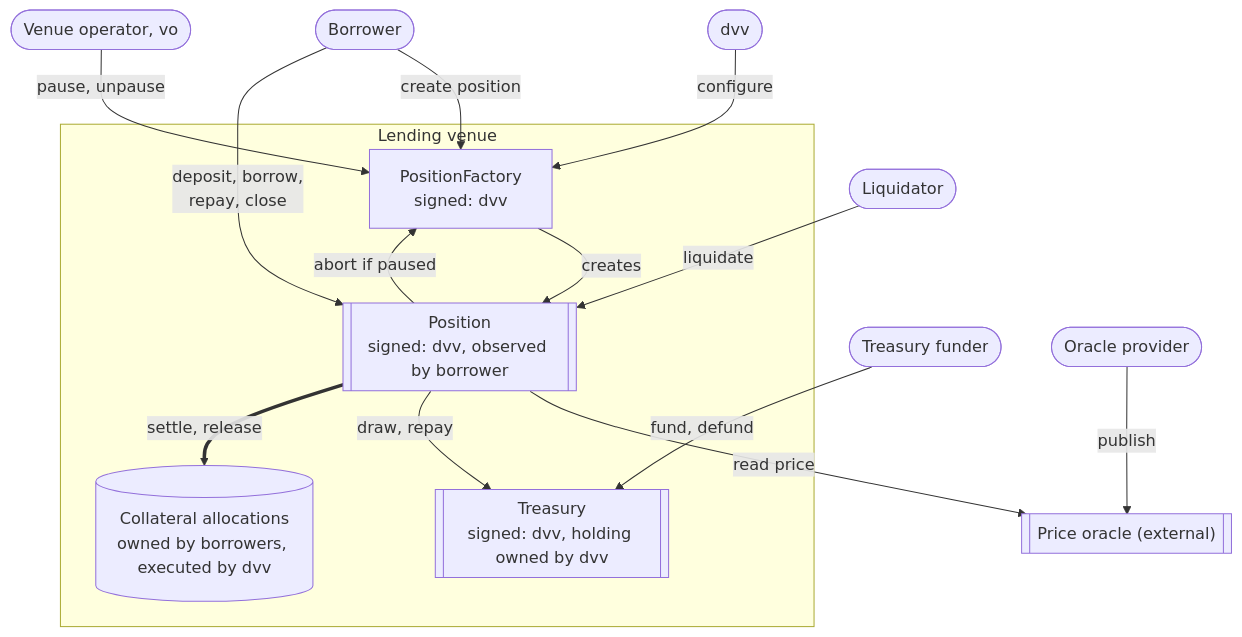
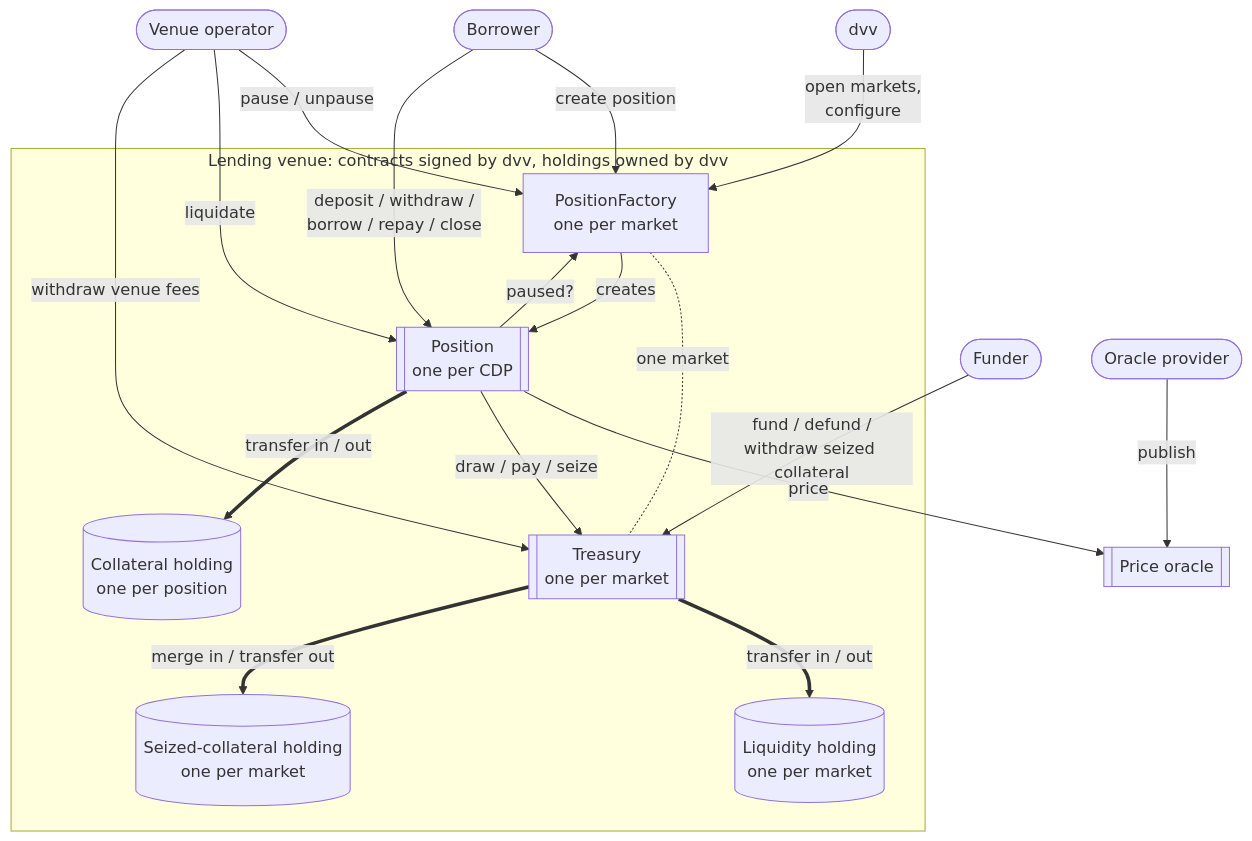
The first of 7 diagrams in docs/reference-architectures/lending.md (OpenZeppelin/canton-specs), drawn with Mermaid before and after one commit. The commit also changed other lines of this file, not shown here.

Commit message:
Igingu polish lending 3 (#209)

````diff
--- a/docs/reference-architectures/lending.md
+++ b/docs/reference-architectures/lending.md
@@ -122,31 +93,36 @@
 ```mermaid
 flowchart TB
     Consortium([dvv])
-    Operator([Venue operator, vo])
-    Funder([Treasury funder])
+    Operator([Venue operator])
+    Funder([Funder])
     Borrower([Borrower])
-    Liquidator([Liquidator])
     Provider([Oracle provider])
 
-    subgraph Target["Lending venue"]
-        Factory["PositionFactory<br/>signed: dvv"]
-        Position[["Position<br/>signed: dvv, observed by borrower"]]
-        Treasury[["Treasury<br/>signed: dvv, holding owned by dvv"]]
-        Collateral[("Collateral allocations<br/>owned by borrowers, executed by dvv")]
+    subgraph Target["Lending venue: contracts signed by dvv, holdings owned by dvv"]
+        Factory["PositionFactory<br/>one per market"]
+        Position[["Position<br/>one per CDP"]]
+        Treasury[["Treasury<br/>one per market"]]
+        Collateral[("Collateral holding<br/>one per position")]
+        Liquidity[("Liquidity holding<br/>one per market")]
+        Seized[("Seized-collateral holding<br/>one per market")]
     end
 
-    Oracle[["Price oracle (external)"]]
+    Oracle[["Price oracle"]]
 
-    Consortium -->|"configure"| Factory
-    Operator -->|"pause, unpause"| Factory
-    Funder -->|"fund, defund"| Treasury
+    Consortium -->|"open markets,<br/>configure"| Factory
+    Factory -.-|"one market"| Treasury
+    Operator -->|"pause / unpause"| Factory
+    Operator -->|"liquidate"| Position
+    Operator -->|"withdraw venue fees"| Treasury
+    Funder -->|"fund / defund /<br/>withdraw seized collateral"| Treasury
     Borrower -->|"create position"| Factory
     Factory -->|"creates"| Position
-    Borrower -->|"deposit, borrow,<br/>repay, close"| Position
-    Liquidator -->|"liquidate"| Position
+    Borrower -->|"deposit / withdraw /<br/>borrow / repay / close"| Position
     Provider -->|"publish"| Oracle
-    Position -->|"abort if paused"| Factory
-    Position -->|"read price"| Oracle
-    Position -->|"draw, repay"| Treasury
-    Position ==>|"settle, release"| Collateral
+    Position -->|"paused?"| Factory
+    Position -->|"price"| Oracle
+    Position -->|"draw / pay / seize"| Treasury
+    Position ==>|"transfer in / out"| Collateral
+    Treasury ==>|"transfer in / out"| Liquidity
+    Treasury ==>|"merge in / transfer out"| Seized
 ```
````
